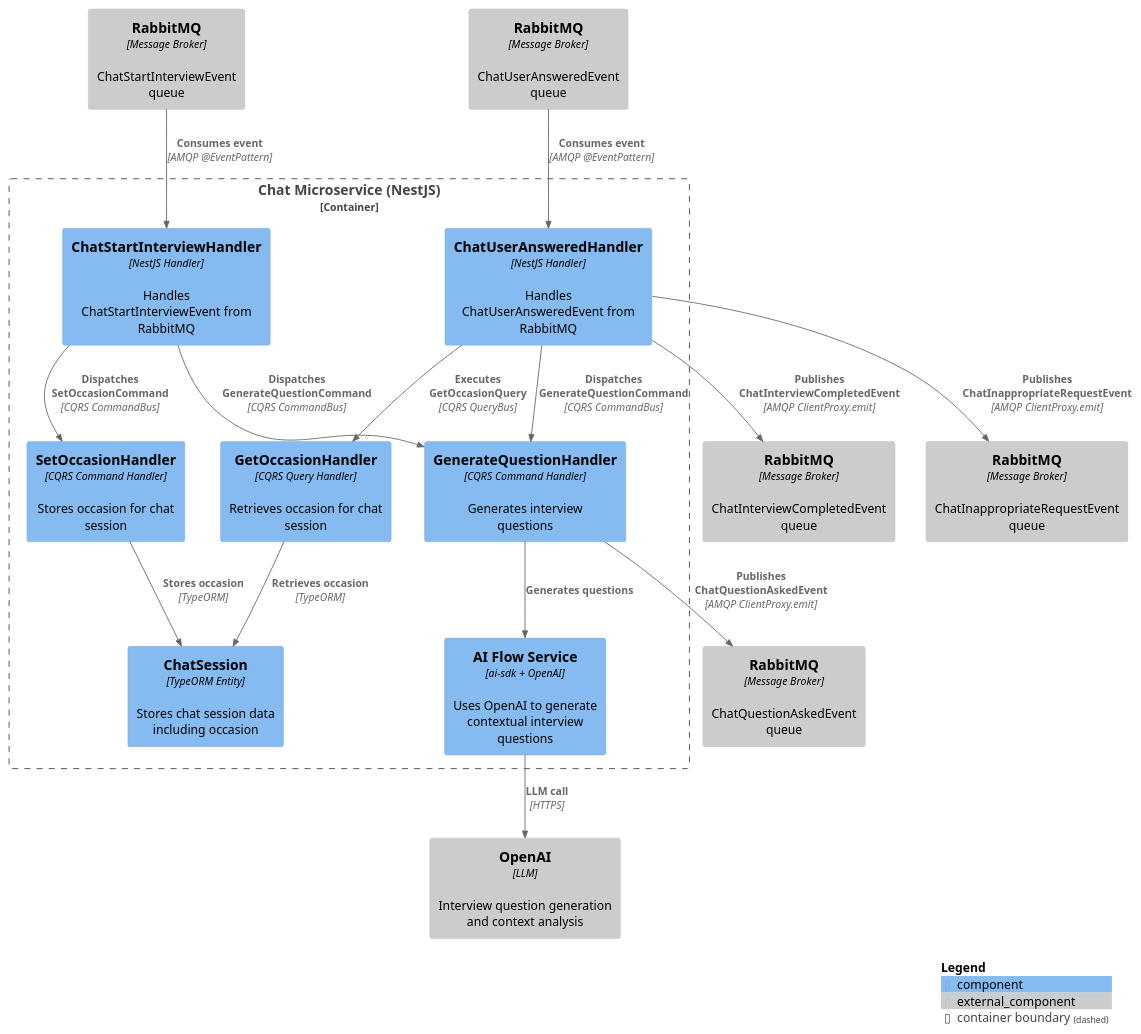
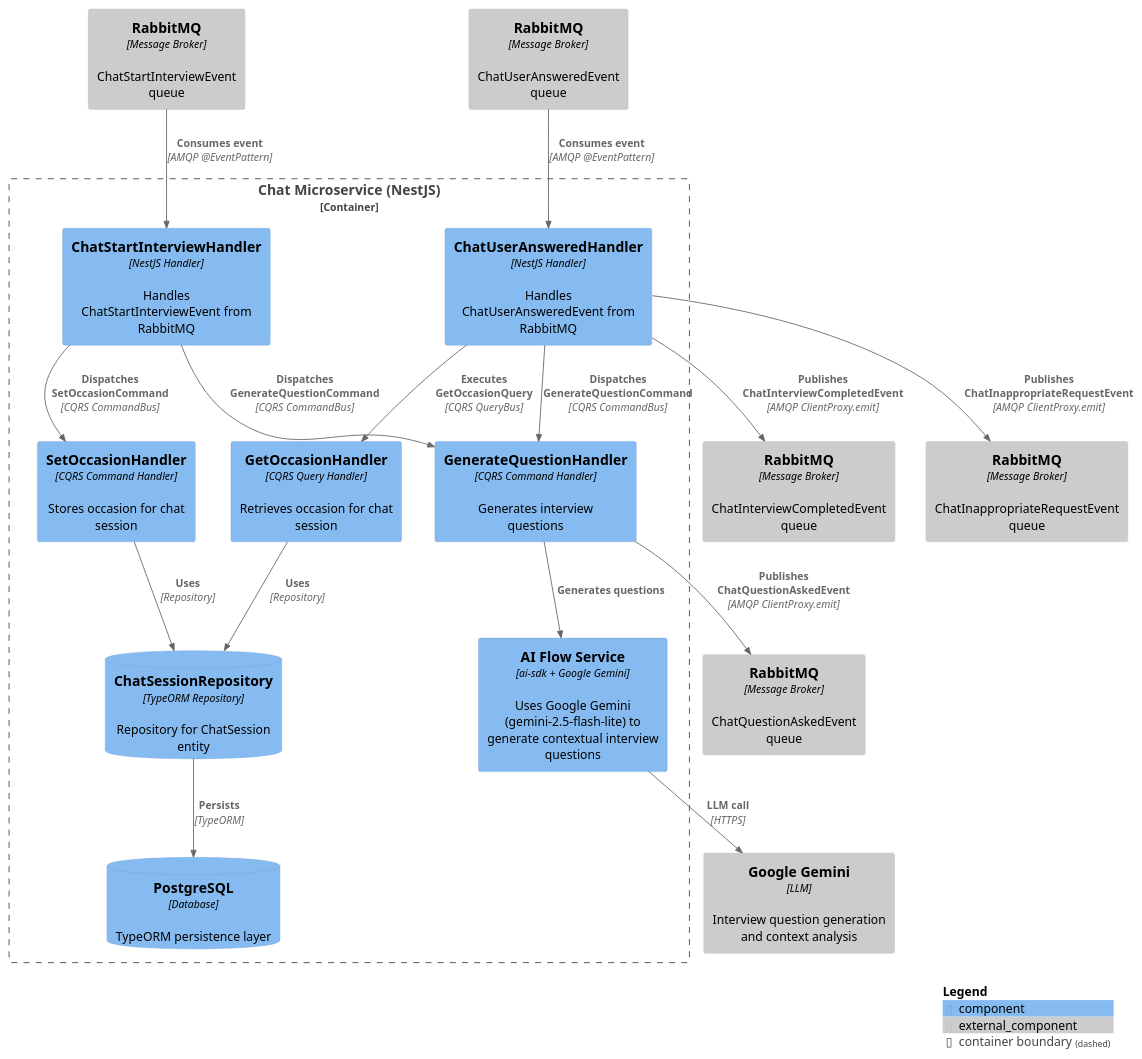
One commit to Generacja-Cuzi/ai-present-finder changed the diagram in docs/C4_v0.2.0/chat_component.puml. Above: the diagram before and after it, drawn with PlantUML. The commit also changed 51 other files, not shown here.

```diff
--- a/docs/C4_v0.2.0/chat_component.puml
+++ b/docs/C4_v0.2.0/chat_component.puml
@@ -1,37 +1,41 @@
 @startuml C4_Component_Chat
 !include https://raw.githubusercontent.com/plantuml-stdlib/C4-PlantUML/master/C4_Component.puml
 
 Container_Boundary(chat, "Chat Microservice (NestJS)") {
   Component(start_handler, "ChatStartInterviewHandler", "NestJS Handler", "Handles ChatStartInterviewEvent from RabbitMQ")
   Component(answer_handler, "ChatUserAnsweredHandler", "NestJS Handler", "Handles ChatUserAnsweredEvent from RabbitMQ")
   Component(question_handler, "GenerateQuestionHandler", "CQRS Command Handler", "Generates interview questions")
   Component(set_occasion_handler, "SetOccasionHandler", "CQRS Command Handler", "Stores occasion for chat session")
   Component(get_occasion_handler, "GetOccasionHandler", "CQRS Query Handler", "Retrieves occasion for chat session")
-  Component(ai_flow, "AI Flow Service", "ai-sdk + OpenAI", "Uses OpenAI to generate contextual interview questions")
-  Component(chat_session_db, "ChatSession", "TypeORM Entity", "Stores chat session data including occasion")
+  Component(ai_flow, "AI Flow Service", "ai-sdk + Google Gemini", "Uses Google Gemini (gemini-2.5-flash-lite) to generate contextual interview questions")
+  
+  ComponentDb(chat_session_repo, "ChatSessionRepository", "TypeORM Repository", "Repository for ChatSession entity")
+  ComponentDb(database, "PostgreSQL", "Database", "TypeORM persistence layer")
 }
 
 Component_Ext(rabbitmq_in_start, "RabbitMQ", "Message Broker", "ChatStartInterviewEvent queue")
 Component_Ext(rabbitmq_in_answer, "RabbitMQ", "Message Broker", "ChatUserAnsweredEvent queue")
 Component_Ext(rabbitmq_out_question, "RabbitMQ", "Message Broker", "ChatQuestionAskedEvent queue")
 Component_Ext(rabbitmq_out_completed, "RabbitMQ", "Message Broker", "ChatInterviewCompletedEvent queue")
 Component_Ext(rabbitmq_out_inappropriate, "RabbitMQ", "Message Broker", "ChatInappropriateRequestEvent queue")
-Component_Ext(openai, "OpenAI", "LLM", "Interview question generation and context analysis")
+Component_Ext(google_gemini, "Google Gemini", "LLM", "Interview question generation and context analysis")
 
 Rel(rabbitmq_in_start, start_handler, "Consumes event", "AMQP @EventPattern")
 Rel(start_handler, set_occasion_handler, "Dispatches SetOccasionCommand", "CQRS CommandBus")
-Rel(set_occasion_handler, chat_session_db, "Stores occasion", "TypeORM")
+Rel(set_occasion_handler, chat_session_repo, "Uses", "Repository")
 Rel(start_handler, question_handler, "Dispatches GenerateQuestionCommand", "CQRS CommandBus")
 Rel(question_handler, ai_flow, "Generates questions")
-Rel(ai_flow, openai, "LLM call", "HTTPS")
+Rel(ai_flow, google_gemini, "LLM call", "HTTPS")
 Rel(question_handler, rabbitmq_out_question, "Publishes ChatQuestionAskedEvent", "AMQP ClientProxy.emit")
 
 Rel(rabbitmq_in_answer, answer_handler, "Consumes event", "AMQP @EventPattern")
 Rel(answer_handler, get_occasion_handler, "Executes GetOccasionQuery", "CQRS QueryBus")
-Rel(get_occasion_handler, chat_session_db, "Retrieves occasion", "TypeORM")
+Rel(get_occasion_handler, chat_session_repo, "Uses", "Repository")
 Rel(answer_handler, question_handler, "Dispatches GenerateQuestionCommand", "CQRS CommandBus")
 Rel(answer_handler, rabbitmq_out_completed, "Publishes ChatInterviewCompletedEvent", "AMQP ClientProxy.emit")
 Rel(answer_handler, rabbitmq_out_inappropriate, "Publishes ChatInappropriateRequestEvent", "AMQP ClientProxy.emit")
 
+Rel(chat_session_repo, database, "Persists", "TypeORM")
+
 SHOW_LEGEND()
 @enduml
```
